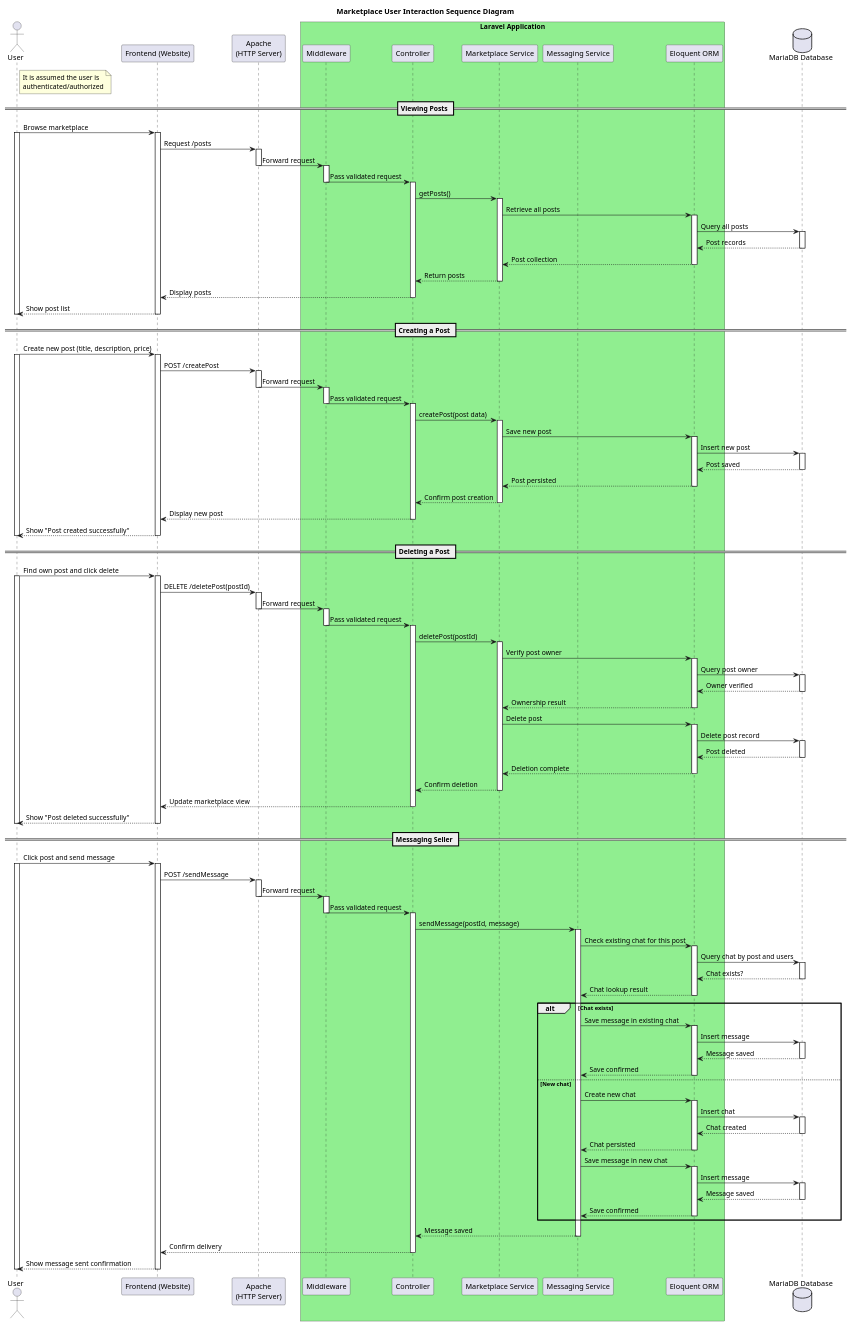
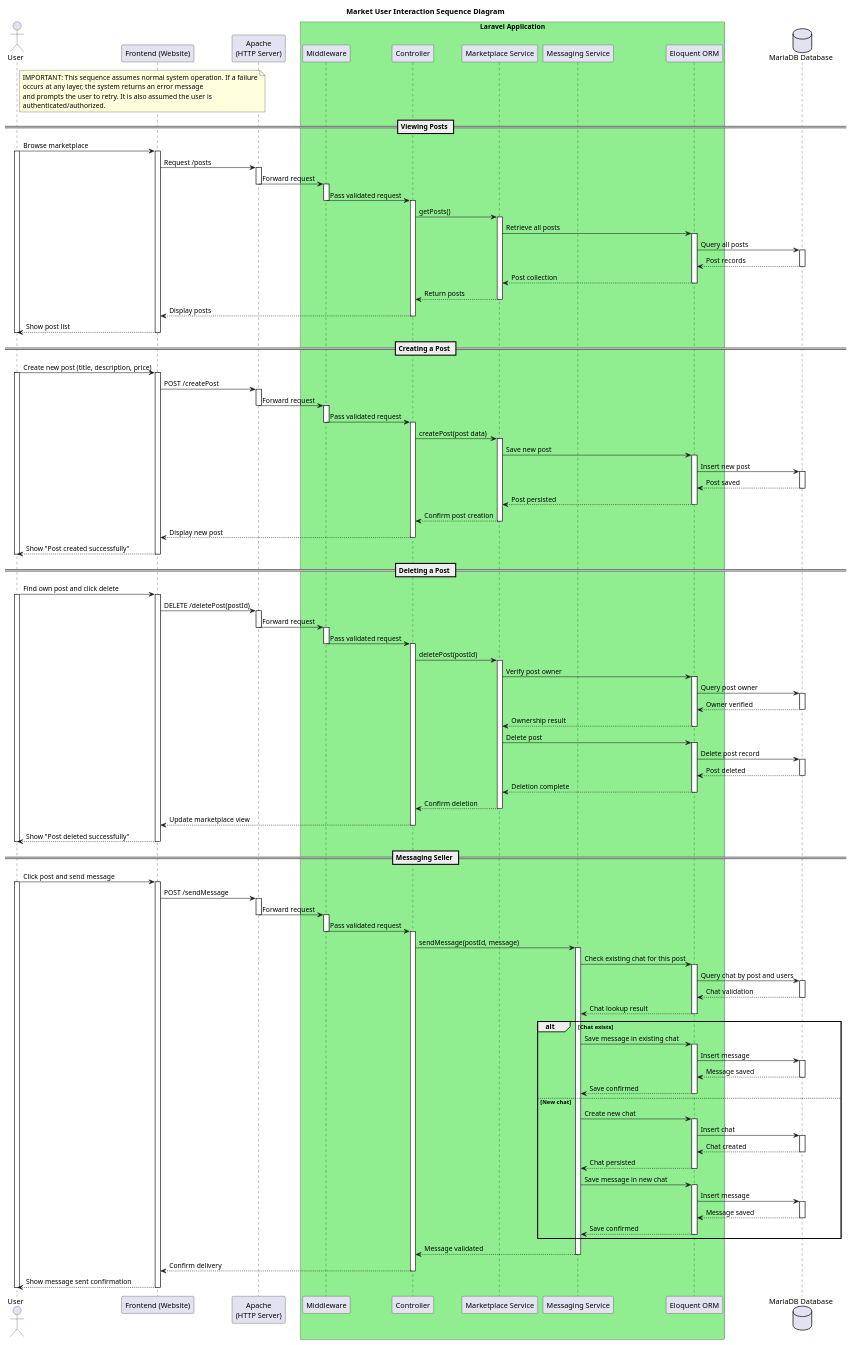
One commit to JanPerez35/PlantUML changed the diagram in sequenceDiagrams/Marketplace_Board_Sequence_Diagram.puml. Above: the diagram before and after it, drawn with PlantUML. The commit also changed 19 other files, not shown here.

Commit message:
Sequence Fixed

```diff
--- a/sequenceDiagrams/Marketplace_Board_Sequence_Diagram.puml
+++ b/sequenceDiagrams/Marketplace_Board_Sequence_Diagram.puml
@@ -1,6 +1,6 @@
 @startuml
 
-title Marketplace User Interaction Sequence Diagram
+title Market User Interaction Sequence Diagram
 
 actor User
 
@@ -18,8 +18,10 @@
 database "MariaDB Database" as DB
 
 note right of User
-It is assumed the user is
-authenticated/authorized
+IMPORTANT: This sequence assumes normal system operation. If a failure
+occurs at any layer, the system returns an error message
+and prompts the user to retry. It is also assumed the user is
+authenticated/authorized.
 end note
 
 == Viewing Posts ==
@@ -157,7 +159,7 @@
 activate ORM
 ORM -> DB: Query chat by post and users
 activate DB
-DB --> ORM: Chat exists?
+DB --> ORM: Chat validation
 deactivate DB
 ORM --> MessageService: Chat lookup result
 deactivate ORM
@@ -191,7 +193,7 @@
     deactivate ORM
 end
 
-MessageService --> C: Message saved
+MessageService --> C: Message validated
 deactivate MessageService
 C --> FE: Confirm delivery
 deactivate C
```
